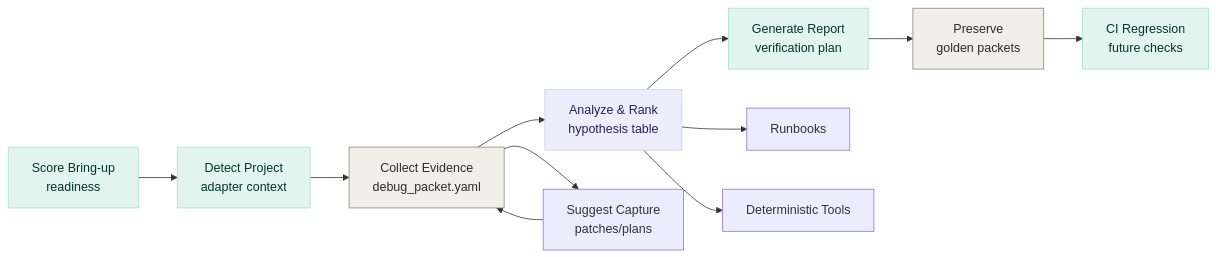
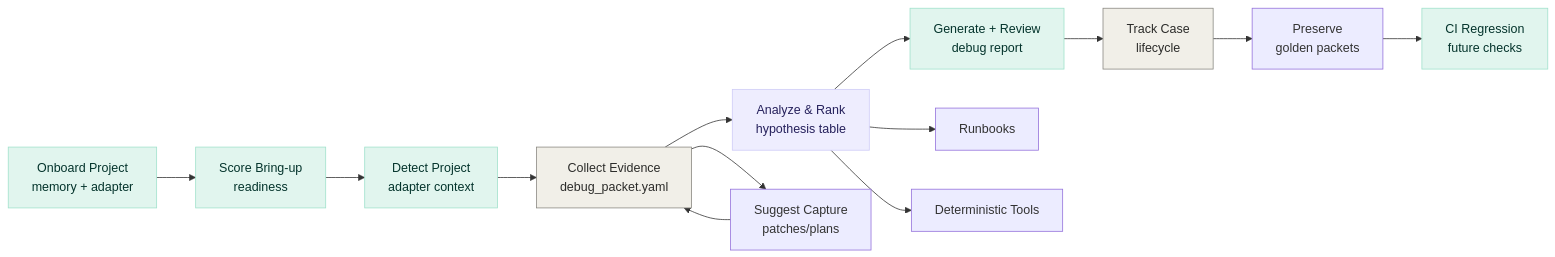
One commit to shark0304/personal-embeded-debug-skill changed the diagram in README.md. Above: the diagram before and after it, drawn with Mermaid. The commit also changed other lines of this file and 12 other files, not shown here.

````diff
--- a/README.md
+++ b/README.md
@@ -161,22 +178,25 @@
 ```mermaid
 flowchart LR
-    S["Score Bring-up<br/>readiness"] --> P["Detect Project<br/>adapter context"]
+    O["Onboard Project<br/>memory + adapter"] --> S["Score Bring-up<br/>readiness"]
+    S --> P["Detect Project<br/>adapter context"]
     P --> A["Collect Evidence<br/>debug_packet.yaml"]
     A --> B["Analyze & Rank<br/>hypothesis table"]
     A --> X["Suggest Capture<br/>patches/plans"]
     X --> A
-    B --> C["Generate Report<br/>verification plan"]
-    C --> D["Preserve<br/>golden packets"]
-    D --> E["CI Regression<br/>future checks"]
+    B --> C["Generate + Review<br/>debug report"]
+    C --> D["Track Case<br/>lifecycle"]
+    D --> G["Preserve<br/>golden packets"]
+    G --> E["CI Regression<br/>future checks"]
 
     B --> R["Runbooks"]
     B --> T["Deterministic Tools"]
 
+    style O fill:#E1F5EE,stroke:#9FE1CB,color:#04342C
     style S fill:#E1F5EE,stroke:#9FE1CB,color:#04342C
     style P fill:#E1F5EE,stroke:#9FE1CB,color:#04342C
     style A fill:#f1efe8,stroke:#888780,color:#2C2C2A
     style B fill:#EEEDFE,stroke:#CECBF6,color:#26215C
     style C fill:#E1F5EE,stroke:#9FE1CB,color:#04342C
     style D fill:#f1efe8,stroke:#888780,color:#2C2C2A
     style E fill:#E1F5EE,stroke:#9FE1CB,color:#04342C
 ```
````
